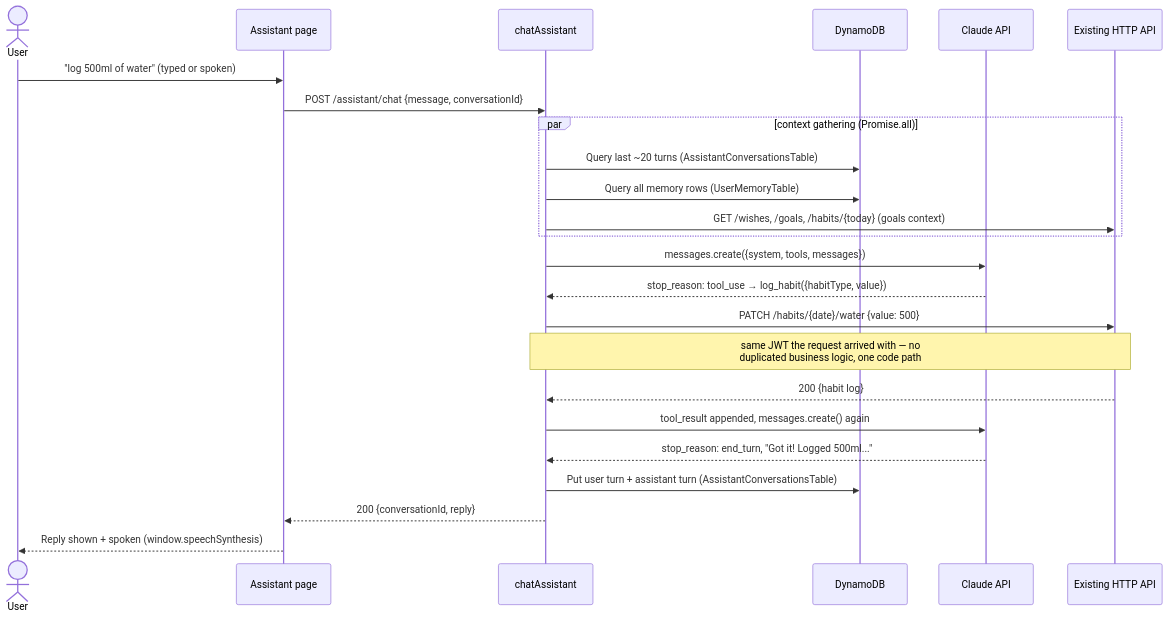
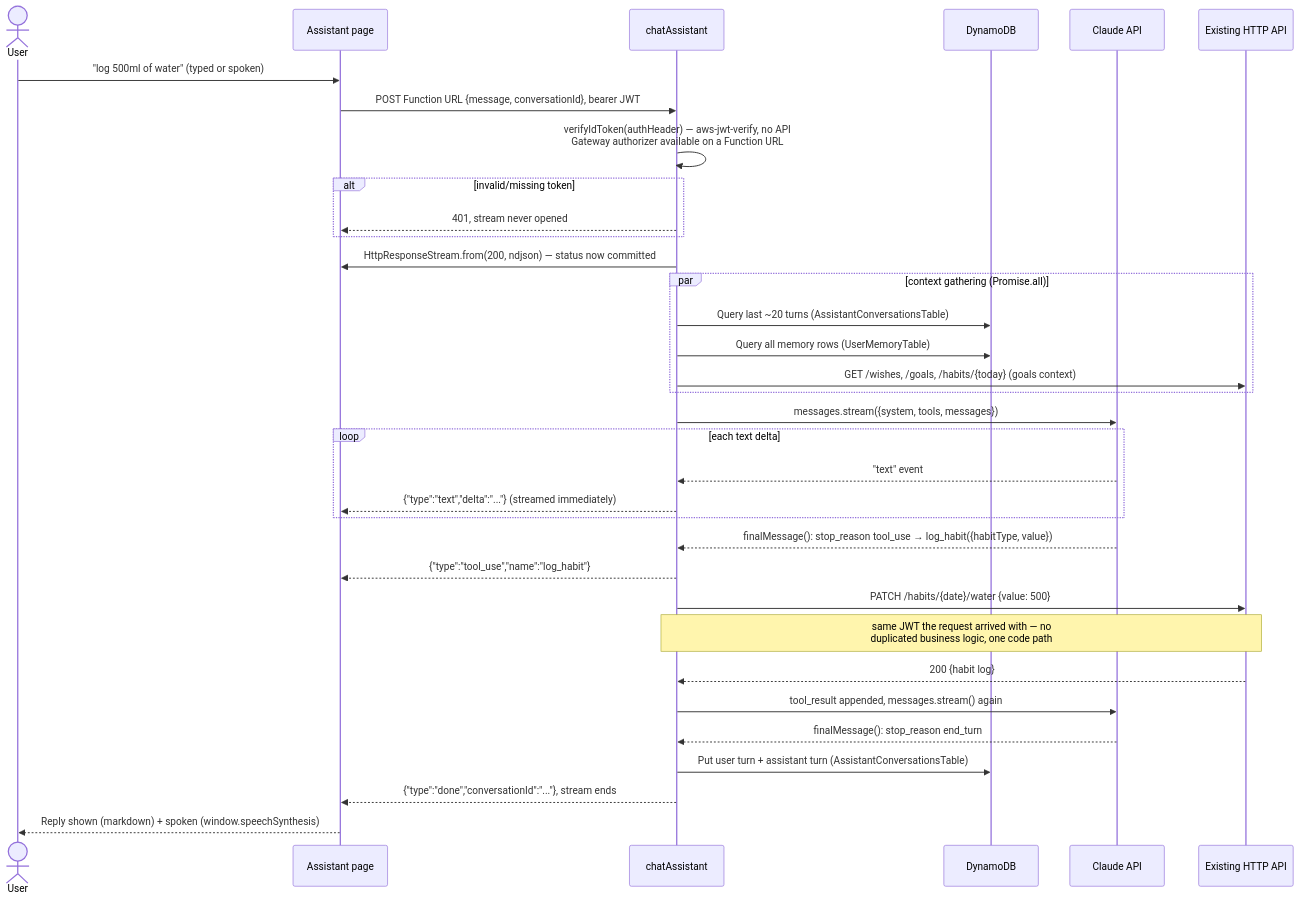
Before and after one commit to pragya0905/LifeOS: the sixth of 8 diagrams in docs/HLD_LLD.md, drawn with Mermaid. The commit also changed other lines of this file and 3 other files, not shown here.

First line of the commit message:
Update docs for streaming chat, conversation history, and voice mode

````diff
--- a/docs/HLD_LLD.md
+++ b/docs/HLD_LLD.md
@@ -532,27 +574,37 @@
 ```mermaid
 sequenceDiagram
     actor U as User
     participant FE as Assistant page
     participant L as chatAssistant
     participant DDB as DynamoDB
     participant CL as Claude API
     participant API as Existing HTTP API
 
     U->>FE: "log 500ml of water" (typed or spoken)
-    FE->>L: POST /assistant/chat {message, conversationId}
+    FE->>L: POST Function URL {message, conversationId}, bearer JWT
+    L->>L: verifyIdToken(authHeader) — aws-jwt-verify, no API<br/>Gateway authorizer available on a Function URL
+    alt invalid/missing token
+        L-->>FE: 401, stream never opened
+    end
+    L->>FE: HttpResponseStream.from(200, ndjson) — status now committed
     par context gathering (Promise.all)
         L->>DDB: Query last ~20 turns (AssistantConversationsTable)
         L->>DDB: Query all memory rows (UserMemoryTable)
         L->>API: GET /wishes, /goals, /habits/{today} (goals context)
     end
-    L->>CL: messages.create({system, tools, messages})
-    CL-->>L: stop_reason: tool_use → log_habit({habitType, value})
+    L->>CL: messages.stream({system, tools, messages})
+    loop each text delta
+        CL-->>L: "text" event
+        L-->>FE: {"type":"text","delta":"..."} (streamed immediately)
+    end
+    CL-->>L: finalMessage(): stop_reason tool_use → log_habit({habitType, value})
+    L-->>FE: {"type":"tool_use","name":"log_habit"}
     L->>API: PATCH /habits/{date}/water {value: 500}
     Note over L,API: same JWT the request arrived with — no<br/>duplicated business logic, one code path
     API-->>L: 200 {habit log}
-    L->>CL: tool_result appended, messages.create() again
-    CL-->>L: stop_reason: end_turn, "Got it! Logged 500ml..."
+    L->>CL: tool_result appended, messages.stream() again
+    CL-->>L: finalMessage(): stop_reason end_turn
     L->>DDB: Put user turn + assistant turn (AssistantConversationsTable)
-    L-->>FE: 200 {conversationId, reply}
-    FE-->>U: Reply shown + spoken (window.speechSynthesis)
+    L-->>FE: {"type":"done","conversationId":"..."}, stream ends
+    FE-->>U: Reply shown (markdown) + spoken (window.speechSynthesis)
 ```
````
